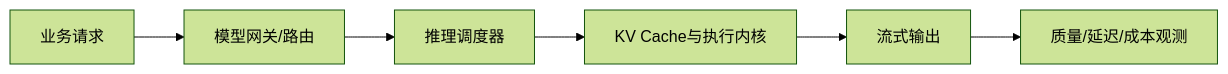
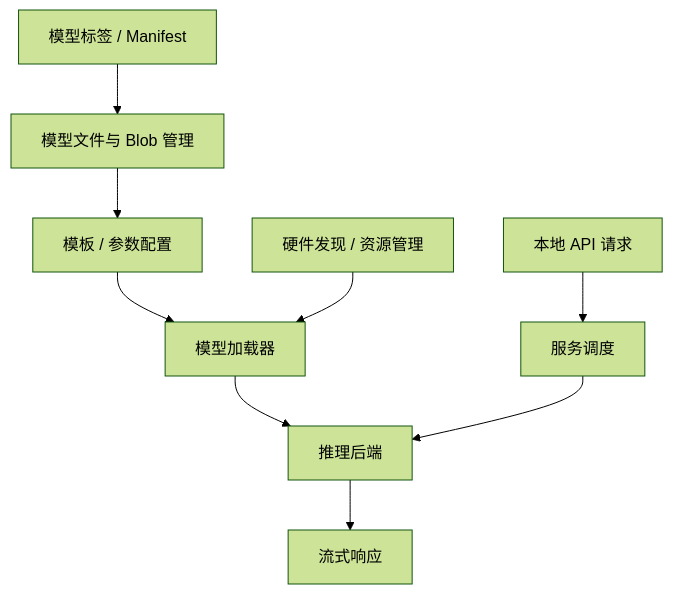
One commit to JiangXiangAi/git_weekly_news changed the seventh of 10 diagrams in 2026/2026-10-05_2026-10-11/01_LLM大模型.md. Above: the diagram before and after it, drawn with Mermaid (forest theme). The commit also changed other lines of this file, not shown here.

Commit message:
Deepen LLM report with per-project technical diagrams

````diff
--- a/2026/2026-10-05_2026-10-11/01_LLM大模型.md
+++ b/2026/2026-10-05_2026-10-11/01_LLM大模型.md
@@ -44,8 +157,11 @@
 ```mermaid
-flowchart LR
-A[业务请求] --> B[模型网关/路由]
-B --> C[推理调度器]
-C --> D[KV Cache与执行内核]
-D --> E[流式输出]
-E --> F[质量/延迟/成本观测]
+flowchart TD
+  A[模型标签 / Manifest] --> B[模型文件与 Blob 管理]
+  B --> C[模板 / 参数配置]
+  C --> D[模型加载器]
+  D --> E[推理后端]
+  F[本地 API 请求] --> G[服务调度]
+  G --> E
+  E --> H[流式响应]
+  I[硬件发现 / 资源管理] --> D
 ```
````
